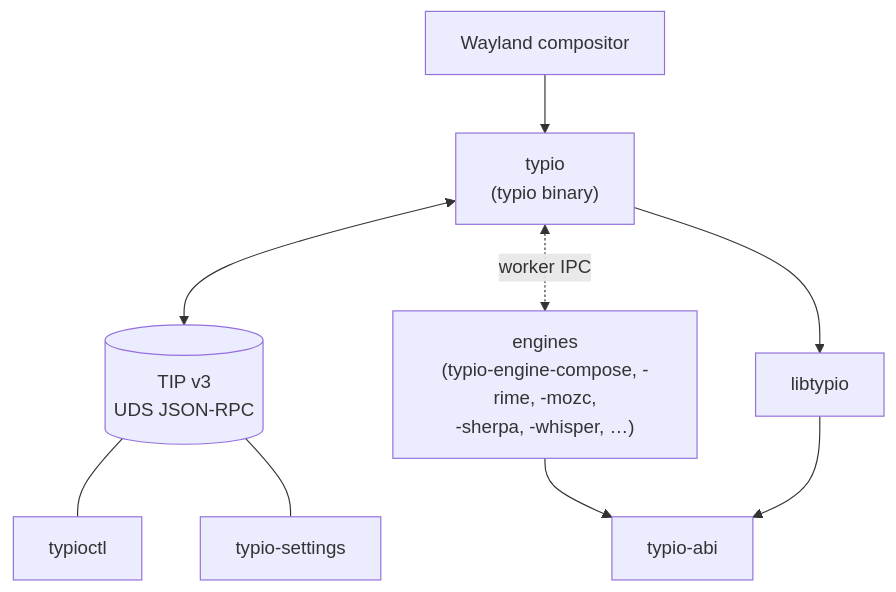
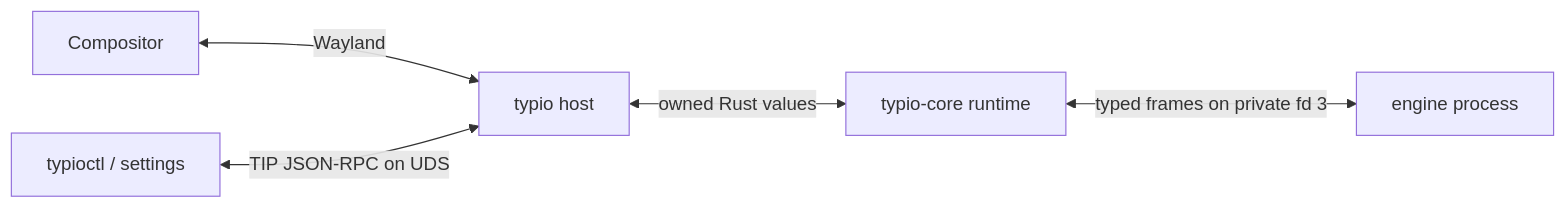
The diagram in crates/typio-core/docs/explanation/architecture-overview.md (typio-ime/typio), drawn with Mermaid before and after one commit. The commit also changed other lines of this file and 211 other files, not shown here.

First line of the commit message:
feat: make engine protocol the sole runtime boundary

````diff
--- a/crates/typio-core/docs/explanation/architecture-overview.md
+++ b/crates/typio-core/docs/explanation/architecture-overview.md
@@ -12,20 +5,7 @@
 ```mermaid
-flowchart TD
-    WC[Wayland compositor]
-    Host["typio<br/>(typio binary)"]
-    TIP[("TIP v3<br/>UDS JSON-RPC")]
-    Client[typioctl]
-    Control[typio-settings]
-    Core[libtypio]
-    Abi[typio-abi]
-    Engines["engines<br/>(typio-engine-compose, -rime, -mozc,<br/>-sherpa, -whisper, …)"]
-
-    WC --> Host
-    Host <--> TIP
-    TIP --- Client
-    TIP --- Control
-    Host --> Core
-    Host <-.->|worker IPC| Engines
-    Engines --> Abi
-    Core --> Abi
+flowchart LR
+    C[Compositor] <-->|Wayland| H[typio host]
+    H <-->|owned Rust values| R[typio-core runtime]
+    R <-->|typed frames on private fd 3| E[engine process]
+    X[typioctl / settings] <-->|TIP JSON-RPC on UDS| H
 ```
````
